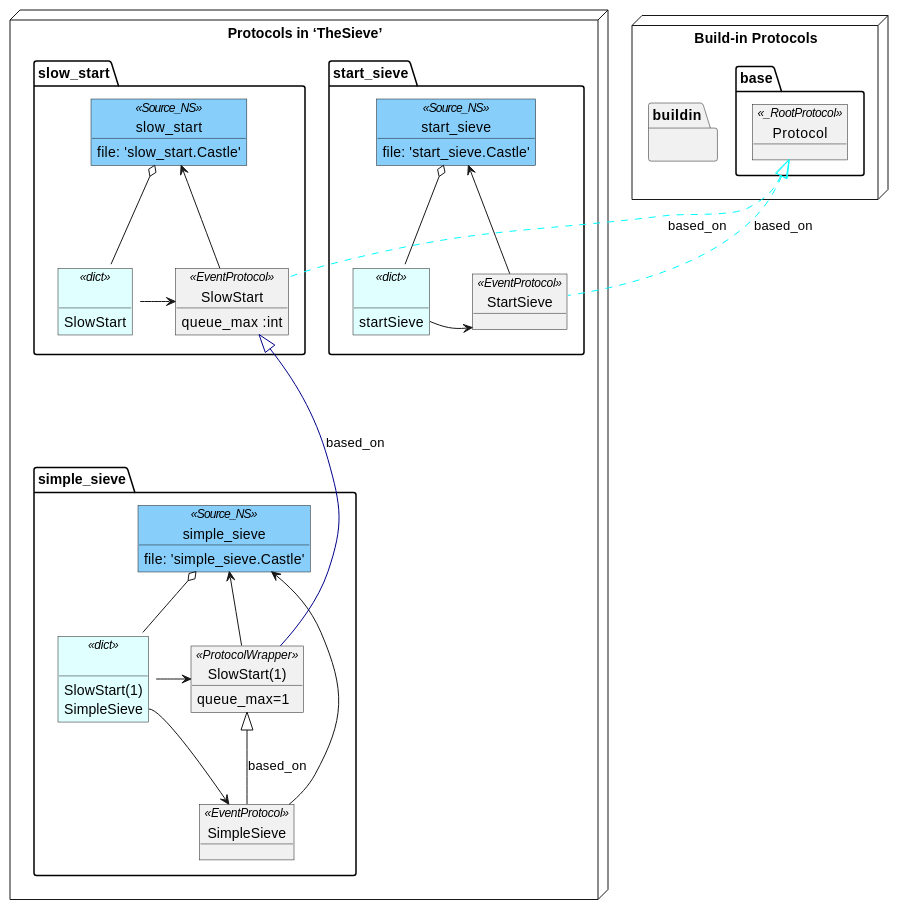
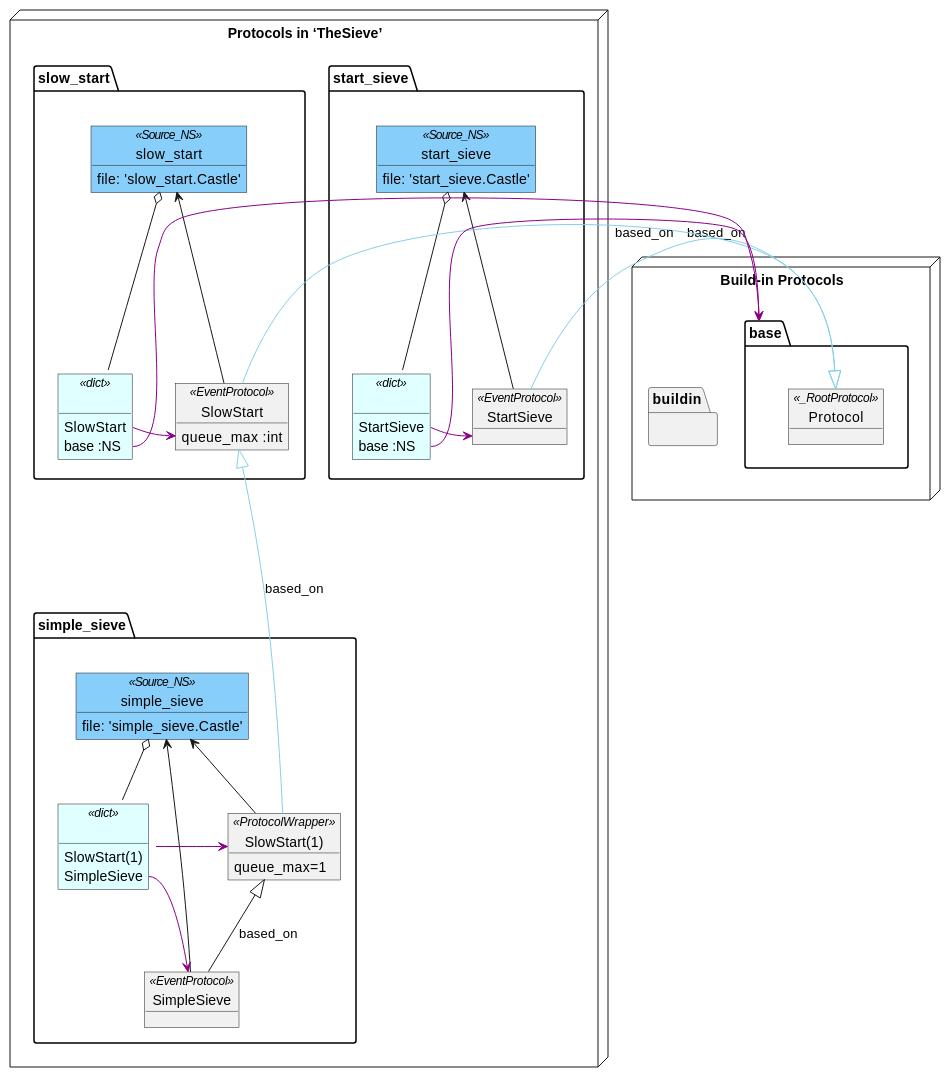
The diagram in CCastle/DocParts/Design/231016_NS.rst (AlbertMietus/DocIdeas.hg), drawn with PlantUML before and after one commit.

Commit message:
refactor (DesignDiagram) added sub-NS'ses

```diff
--- a/CCastle/DocParts/Design/231016_NS.rst
+++ b/CCastle/DocParts/Design/231016_NS.rst
@@ -4,70 +4,76 @@
 .. uml::
 
    @startuml
 
-   package "Protocols in ‘TheSieve’" <<Node>> {
-      package start_sieve {
+   package "Protocols in ‘TheSieve’" as P1 <<Node>> {
+
+      package start_sieve as P1A {
          object start_sieve <<Source_NS>> #LightSkyBlue {
            file: 'start_sieve.Castle'
          }
-         object " " as P1_d <<dict>> #lightcyan {
-           startSieve
+         object " " as P1A_d <<dict>> #lightcyan {
+           StartSieve
+           base :NS
          }
          object StartSieve <<EventProtocol>>
 
-         start_sieve          o--  P1_d
-         P1_d::startSieve     ->   StartSieve
+         start_sieve          o--  P1A_d
          start_sieve          <--  StartSieve
+         P1A_d::StartSieve    ->   StartSieve #DarkMagenta
       }
 
-      package slow_start {
+      package slow_start as P1B {
          object slow_start <<Source_NS>> #LightSkyBlue {
            file: 'slow_start.Castle'
          }
-         object " " as P2_d <<dict>> #lightcyan {
+         object " " as P1B_d <<dict>> #lightcyan {
            SlowStart
+           base :NS
          }
          object SlowStart  <<EventProtocol>> {
            queue_max :int
          }
 
-         slow_start           o--  P2_d
-         P2_d::slowStart      ->   SlowStart
+         slow_start           o--  P1B_d
          slow_start           <--  SlowStart
+         P1B_d::SlowStart     ->   SlowStart #DarkMagenta
       }
 
-      package simple_sieve {
+      package simple_sieve as P1C {
          object simple_sieve <<Source_NS>> #LightSkyBlue {
            file: 'simple_sieve.Castle'
          }
-         object " " as P3_d <<dict>> #lightcyan {
+         object " " as P1C_d <<dict>> #lightcyan {
            SlowStart(1)
            SimpleSieve
          }
          object "SlowStart(1)" as SlowStart_1 <<ProtocolWrapper>> {
             queue_max=1
          }
          object SimpleSieve <<EventProtocol>>
          SlowStart_1 <|-- SimpleSieve: based_on
 
-         simple_sieve         o--  P3_d
-         P3_d::SlowStart_1    ->   SlowStart_1
-         P3_d::SimpleSieve    ->   SimpleSieve
+         simple_sieve         o--  P1C_d
          simple_sieve         <--  SlowStart_1
          simple_sieve         <--- SimpleSieve
+         P1C_d::SlowStart_1   ->   SlowStart_1 #DarkMagenta
+         P1C_d::SimpleSieve   ->   SimpleSieve #DarkMagenta
       }
 
-      SlowStart   <|---- SlowStart_1 #darkblue : based_on
+      SlowStart   <|---- SlowStart_1 #SkyBlue : based_on
    }
 
-   package "Build-in Protocols" <<Node>> {
+   package "Build-in Protocols" as P4 <<Node>> {
       package base {
          object Protocol <<_RootProtocol>>
       }
       package buildin {
       }
    }
-   Protocol  <|..  StartSieve #aqua : based_on
-   Protocol  <|..  SlowStart  #aqua : based_on
+   Protocol  <|--  StartSieve #SkyBlue : based_on
+   Protocol  <|--  SlowStart  #SkyBlue : based_on
+
+   P1A_d::base  -> base #DarkMagenta
+   P1B_d::base  -> base #DarkMagenta
 
    @enduml
```
